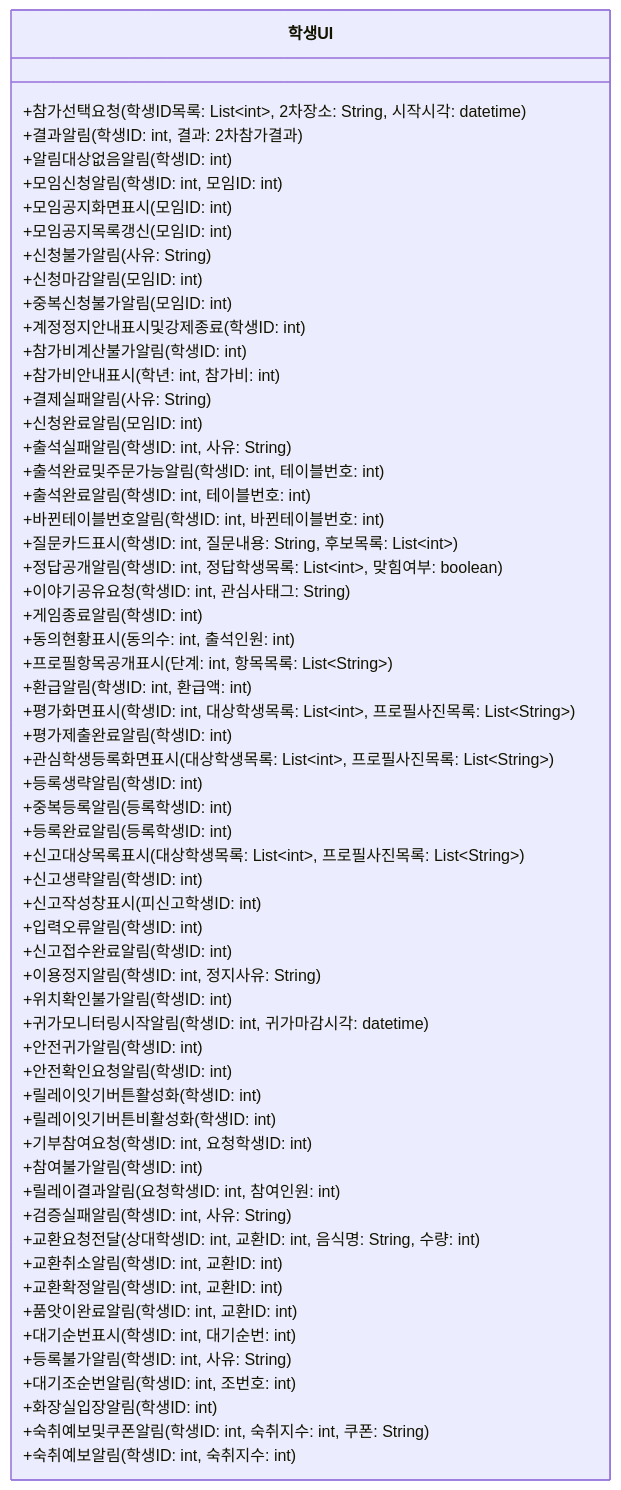
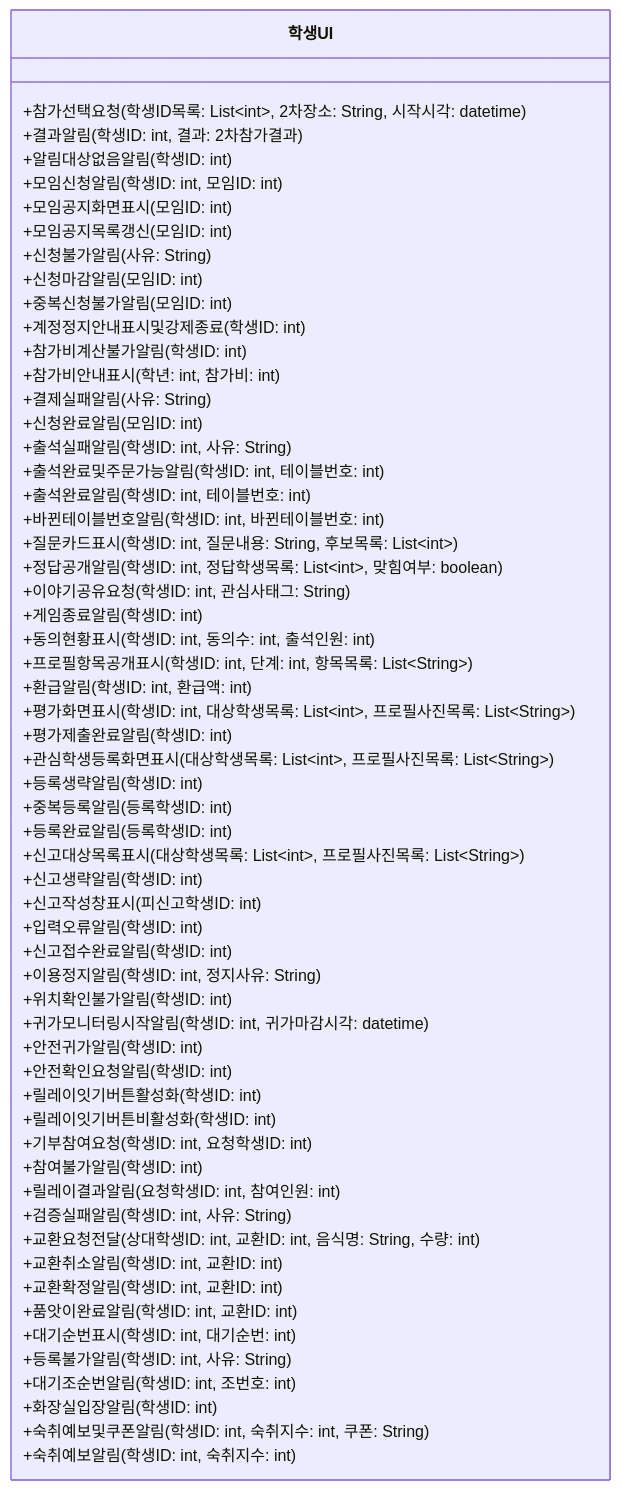
One commit to hojae3/sw-engineering-16 changed diagram 13 of 14 in class-diagram/class-diagram.md. Above: the diagram before and after it, drawn with Mermaid. The commit also changed other lines of this file and 8 other files, not shown here.

````diff
--- a/class-diagram/class-diagram.md
+++ b/class-diagram/class-diagram.md
@@ -872,63 +875,63 @@
 ```mermaid
 classDiagram
     direction LR
     class StudentUI["학생UI"] {
         +참가선택요청(학생ID목록: List~int~, 2차장소: String, 시작시각: datetime)
         +결과알림(학생ID: int, 결과: 2차참가결과)
         +알림대상없음알림(학생ID: int)
         +모임신청알림(학생ID: int, 모임ID: int)
         +모임공지화면표시(모임ID: int)
         +모임공지목록갱신(모임ID: int)
         +신청불가알림(사유: String)
         +신청마감알림(모임ID: int)
         +중복신청불가알림(모임ID: int)
         +계정정지안내표시및강제종료(학생ID: int)
         +참가비계산불가알림(학생ID: int)
         +참가비안내표시(학년: int, 참가비: int)
         +결제실패알림(사유: String)
         +신청완료알림(모임ID: int)
         +출석실패알림(학생ID: int, 사유: String)
         +출석완료및주문가능알림(학생ID: int, 테이블번호: int)
         +출석완료알림(학생ID: int, 테이블번호: int)
         +바뀐테이블번호알림(학생ID: int, 바뀐테이블번호: int)
         +질문카드표시(학생ID: int, 질문내용: String, 후보목록: List~int~)
         +정답공개알림(학생ID: int, 정답학생목록: List~int~, 맞힘여부: boolean)
         +이야기공유요청(학생ID: int, 관심사태그: String)
         +게임종료알림(학생ID: int)
-        +동의현황표시(동의수: int, 출석인원: int)
-        +프로필항목공개표시(단계: int, 항목목록: List~String~)
+        +동의현황표시(학생ID: int, 동의수: int, 출석인원: int)
+        +프로필항목공개표시(학생ID: int, 단계: int, 항목목록: List~String~)
         +환급알림(학생ID: int, 환급액: int)
         +평가화면표시(학생ID: int, 대상학생목록: List~int~, 프로필사진목록: List~String~)
         +평가제출완료알림(학생ID: int)
         +관심학생등록화면표시(대상학생목록: List~int~, 프로필사진목록: List~String~)
         +등록생략알림(학생ID: int)
         +중복등록알림(등록학생ID: int)
         +등록완료알림(등록학생ID: int)
         +신고대상목록표시(대상학생목록: List~int~, 프로필사진목록: List~String~)
         +신고생략알림(학생ID: int)
         +신고작성창표시(피신고학생ID: int)
         +입력오류알림(학생ID: int)
         +신고접수완료알림(학생ID: int)
         +이용정지알림(학생ID: int, 정지사유: String)
         +위치확인불가알림(학생ID: int)
         +귀가모니터링시작알림(학생ID: int, 귀가마감시각: datetime)
         +안전귀가알림(학생ID: int)
         +안전확인요청알림(학생ID: int)
         +릴레이잇기버튼활성화(학생ID: int)
         +릴레이잇기버튼비활성화(학생ID: int)
         +기부참여요청(학생ID: int, 요청학생ID: int)
         +참여불가알림(학생ID: int)
         +릴레이결과알림(요청학생ID: int, 참여인원: int)
         +검증실패알림(학생ID: int, 사유: String)
         +교환요청전달(상대학생ID: int, 교환ID: int, 음식명: String, 수량: int)
         +교환취소알림(학생ID: int, 교환ID: int)
         +교환확정알림(학생ID: int, 교환ID: int)
         +품앗이완료알림(학생ID: int, 교환ID: int)
         +대기순번표시(학생ID: int, 대기순번: int)
         +등록불가알림(학생ID: int, 사유: String)
         +대기조순번알림(학생ID: int, 조번호: int)
         +화장실입장알림(학생ID: int)
         +숙취예보및쿠폰알림(학생ID: int, 숙취지수: int, 쿠폰: String)
         +숙취예보알림(학생ID: int, 숙취지수: int)
     }
 ```
````
